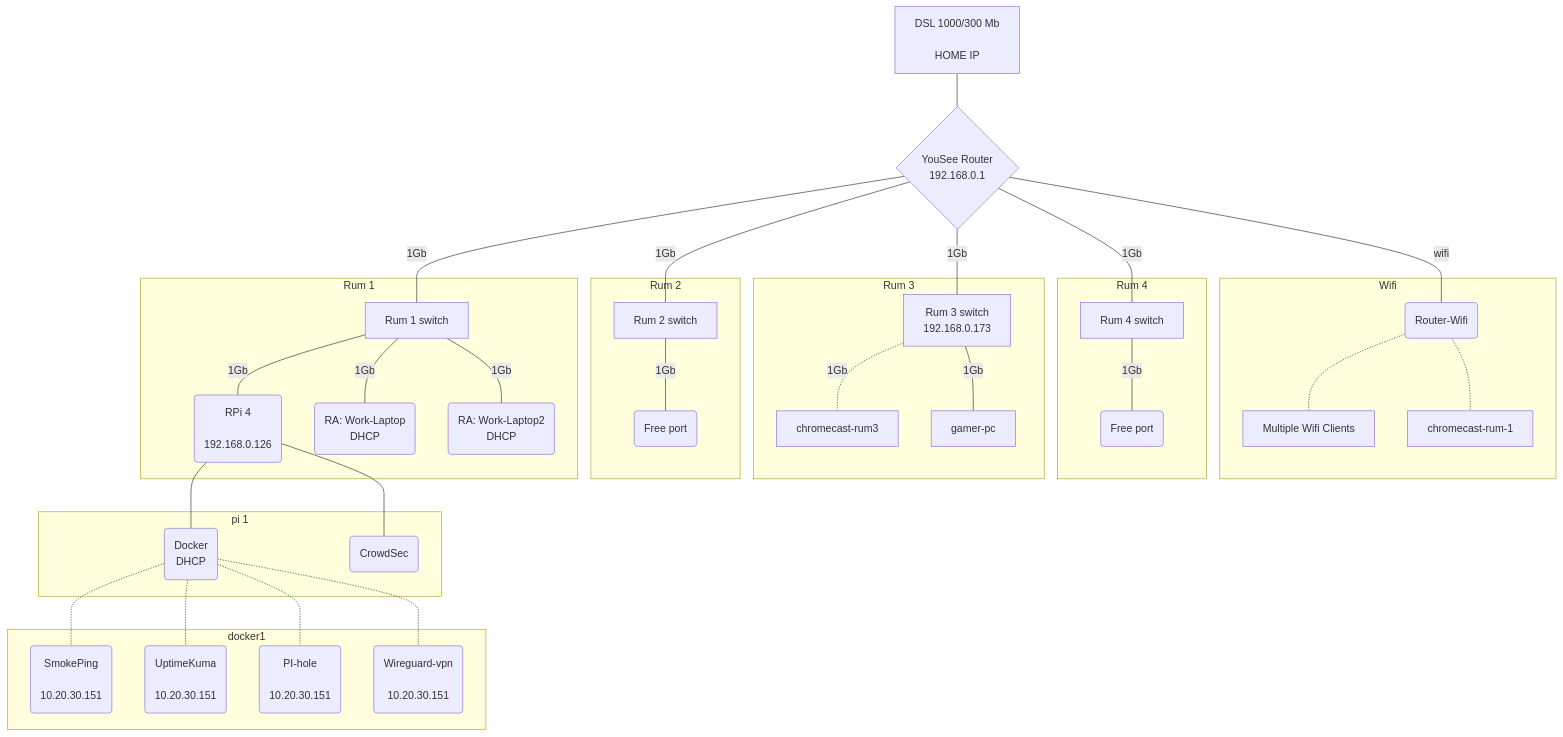
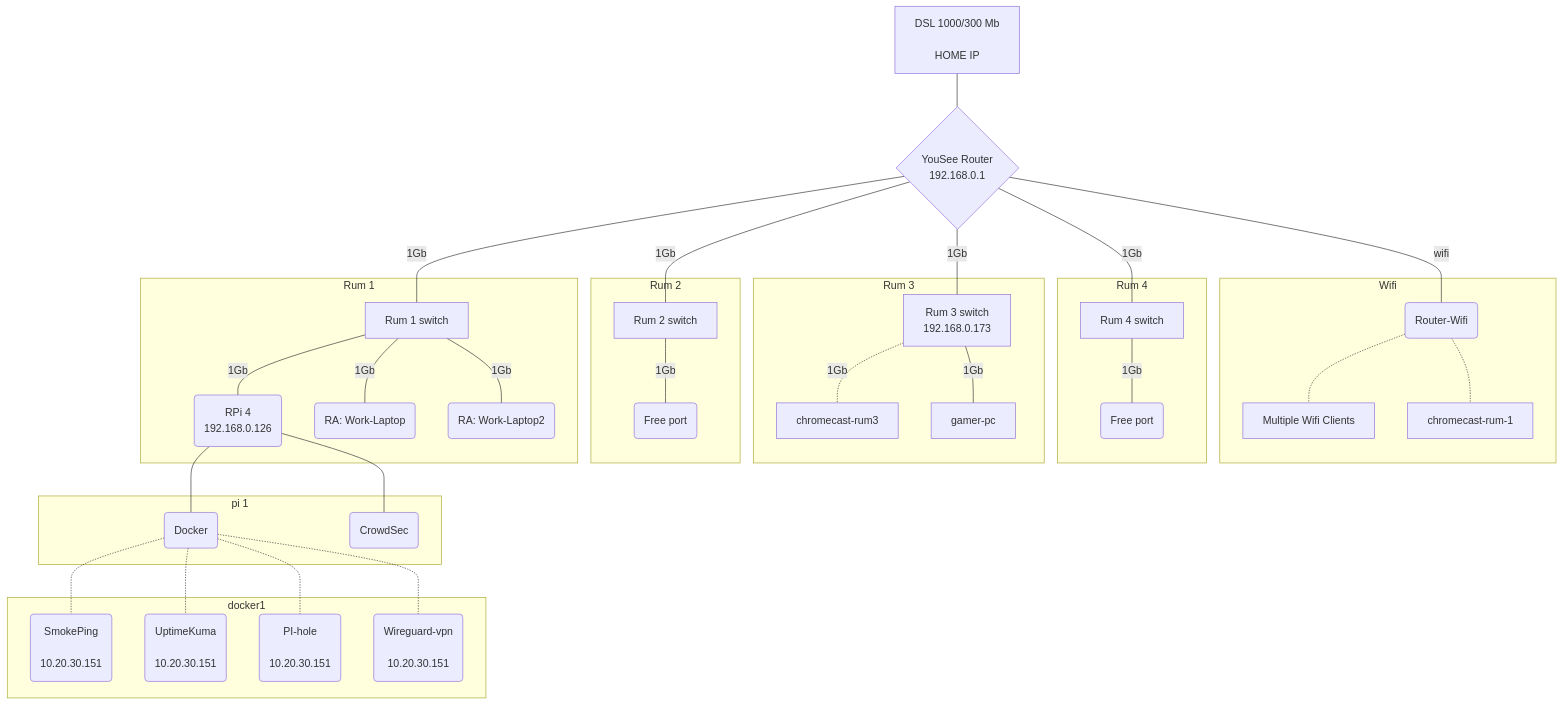
One commit to alf149/ansible changed the diagram in Docs/Index.md. Above: the diagram before and after it, drawn with Mermaid.

````diff
--- a/Docs/Index.md
+++ b/Docs/Index.md
@@ -3,49 +3,49 @@
 ```mermaid
 graph TB
  linkStyle default interpolate basis
  wan1[<center>DSL 1000/300 Mb<br><br>HOME IP</center>]---router{<center>YouSee Router<br>192.168.0.1</center>}
  router---|1Gb|rum_1[<center>Rum 1 switch</center>]
  router---|1Gb|rum_2[<center>Rum 2 switch</center>]
  router---|1Gb|rum_3[<center>Rum 3 switch<br>192.168.0.173</center>]
  router---|1Gb|rum_4[<center>Rum 4 switch</center>]
  router---|wifi|ac_wifi(<center>Router-Wifi</center>)
 
 subgraph Wifi
 ac_wifi-.-Multiple[<center>Multiple Wifi Clients</center>]
 ac_wifi-.-chromecast-rum-1
 end
 
 subgraph Rum 4
 rum_4---|1Gb|free_2(<center>Free port</center>)
 end
 
 
 subgraph Rum 3
 rum_3-.-|1Gb|chromecast-rum3
 rum_3---|1Gb|gamer-pc
 end
 
 subgraph Rum 2
 rum_2---|1Gb|free_1(<center>Free port</center>)
 end
 
 subgraph Rum 1
-rum_1---|1Gb|pi(<center>RPi 4<br><br>192.168.0.126</center>)
-rum_1---|1Gb|work(<center>RA: Work-Laptop<br>DHCP</center>)
-rum_1---|1Gb|work-lab(<center>RA: Work-Laptop2<br>DHCP</center>)
+rum_1---|1Gb|pi(<center>RPi 4<br>192.168.0.126</center>)
+rum_1---|1Gb|work(<center>RA: Work-Laptop</center>)
+rum_1---|1Gb|work-lab(<center>RA: Work-Laptop2</center>)
 end
 
     subgraph pi 1
-    pi---docker(<center>Docker<br>DHCP</center>)
+    pi---docker(<center>Docker</center>)
     pi---crowdsec(<center>CrowdSec</center>)
     end
 
     subgraph docker1
     docker-.-smokeping(<center>SmokePing<br><br>10.20.30.151</center>)
     docker-.-uptimeKuma(<center>UptimeKuma<br><br>10.20.30.151</center>)
     docker-.-pihole(<center>PI-hole<br><br>10.20.30.151</center>)
     docker-.-wireguardvpn(<center>Wireguard-vpn<br><br>10.20.30.151</center>)
     end
 
 
 ```
````
